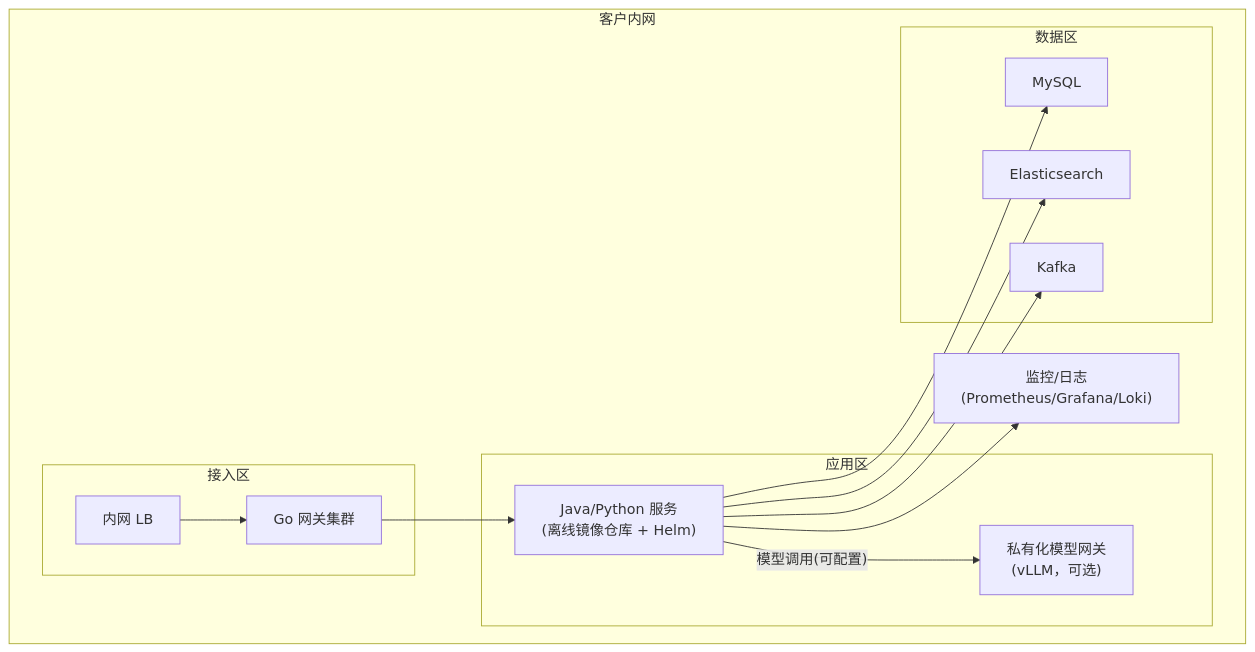
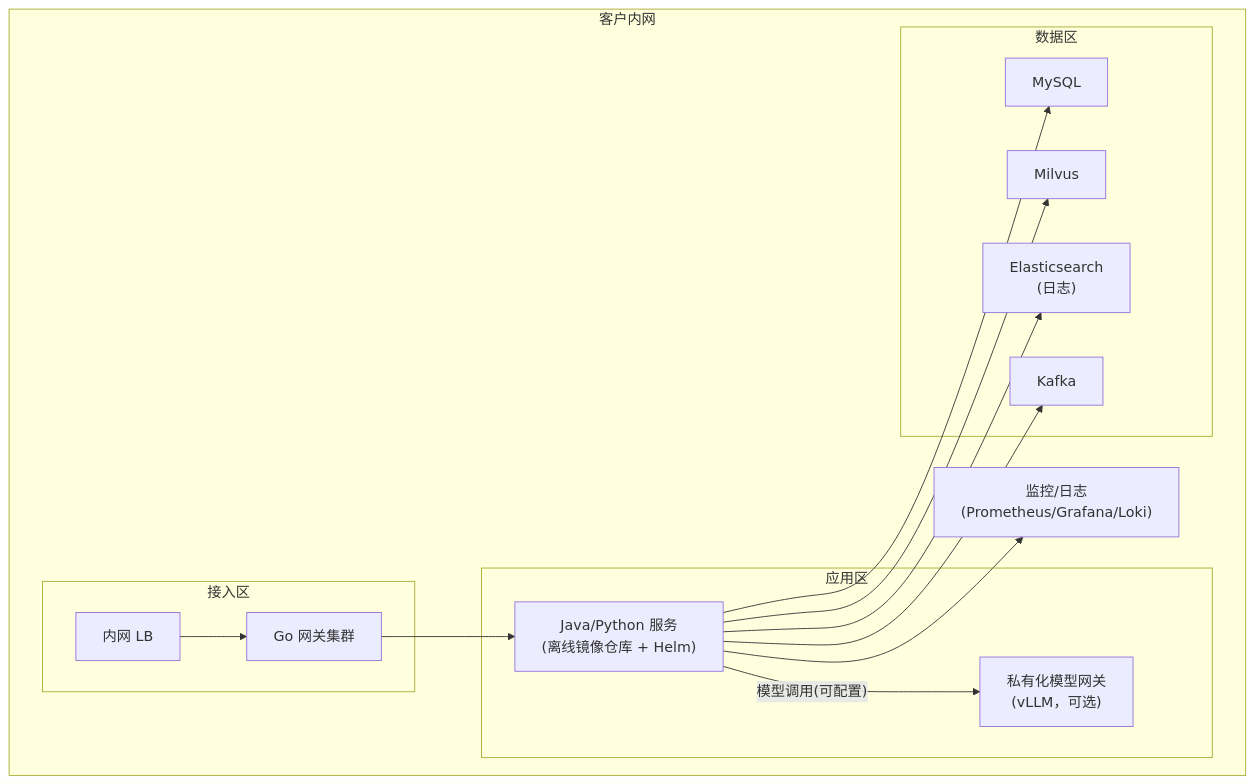
The third of 8 diagrams in docs/架构设计.md (ideal0921/lingxi_agent), drawn with Mermaid before and after one commit. The commit also changed other lines of this file and 191 other files, not shown here.

````diff
--- a/docs/架构设计.md
+++ b/docs/架构设计.md
@@ -253,26 +256,28 @@
 ```mermaid
 flowchart TB
     subgraph CUST["客户内网"]
         subgraph EDGE["接入区"]
             IN["内网 LB"]
             GW_P["Go 网关集群"]
         end
         subgraph APP["应用区"]
             SVC_P["Java/Python 服务<br/>(离线镜像仓库 + Helm)"]
             LLM_P["私有化模型网关<br/>(vLLM，可选)"]
         end
         subgraph DB_P["数据区"]
             MYSQL_P["MySQL"]
-            ES_P["Elasticsearch"]
+            MILVUS_P["Milvus"]
+            ES_P["Elasticsearch<br/>(日志)"]
             KAFKA_P["Kafka"]
         end
         OPS_P["监控/日志<br/>(Prometheus/Grafana/Loki)"]
     end
 
     IN --> GW_P --> SVC_P
     SVC_P --> MYSQL_P
+    SVC_P --> MILVUS_P
     SVC_P --> ES_P
     SVC_P --> KAFKA_P
     SVC_P -->|"模型调用(可配置)"| LLM_P
     SVC_P --> OPS_P
 ```
````
